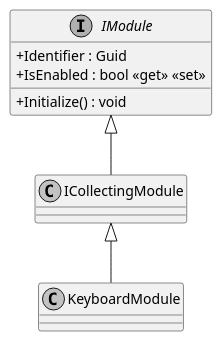
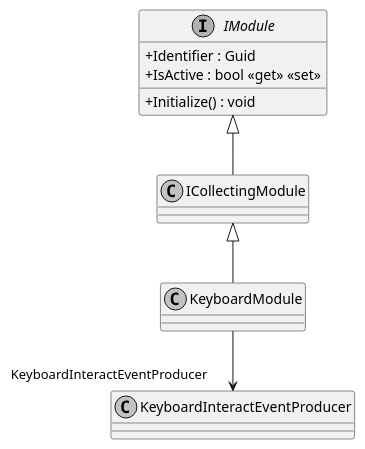
Before and after one commit to insightmind/MORR: the diagram in documents/sd/plantuml/application/Modules/Keyboard/KeyboardModule.puml, drawn with PlantUML. The commit also changed 10 other files, not shown here.

```diff
--- a/documents/sd/plantuml/application/Modules/Keyboard/KeyboardModule.puml
+++ b/documents/sd/plantuml/application/Modules/Keyboard/KeyboardModule.puml
@@ -1,17 +1,18 @@
 @startuml
 skinparam monochrome true
 skinparam classAttributeIconSize 0
 
 class KeyboardModule {
 }
 
 ICollectingModule <|-- KeyboardModule
 
 interface IModule {
     + Identifier : Guid
-    + IsEnabled : bool <<get>> <<set>>
+    + IsActive : bool <<get>> <<set>>
     + Initialize() : void
 }
 
 IModule <|-- ICollectingModule
+KeyboardModule --> "  KeyboardInteractEventProducer" KeyboardInteractEventProducer
 @enduml
```
